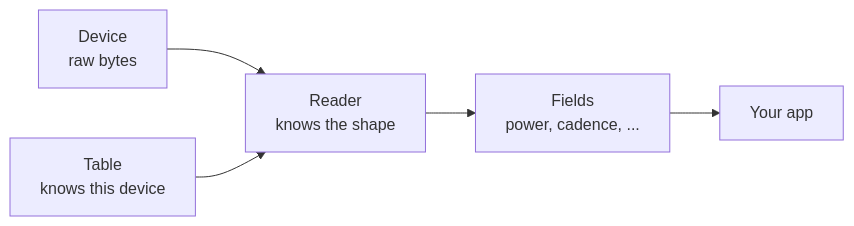
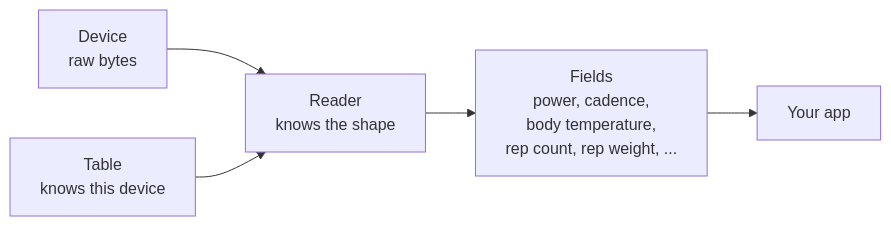
The third of 5 diagrams in README.md (trainerday/openfitnessprotocol), drawn with Mermaid before and after one commit. The commit also changed other lines of this file and 13 other files, not shown here.

````diff
--- a/README.md
+++ b/README.md
@@ -99,7 +100,7 @@
 ```mermaid
 flowchart LR
     DEV["Device<br/>raw bytes"] --> R["Reader<br/>knows the shape"]
     T["Table<br/>knows this device"] --> R
-    R --> F["Fields<br/>power, cadence, ..."]
+    R --> F["Fields<br/>power, cadence,<br/>body temperature,<br/>rep count, rep weight, ..."]
     F --> APP["Your app"]
 ```
````
